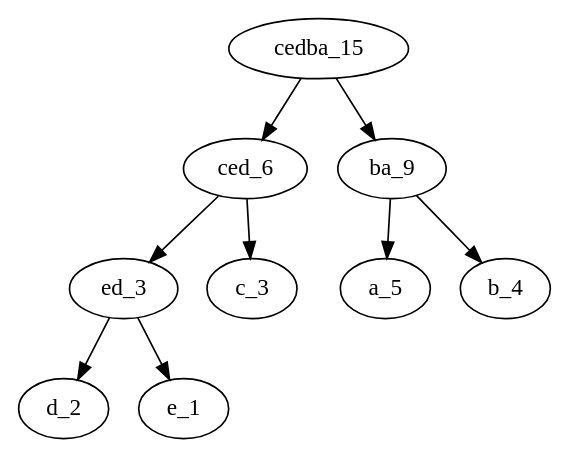
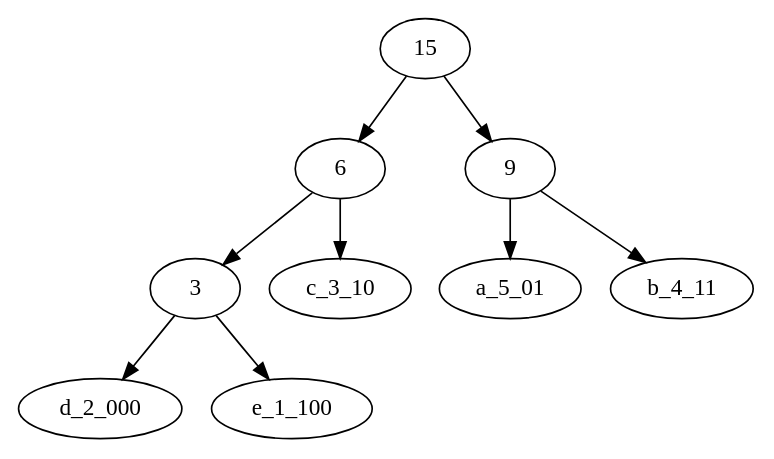
Before and after one commit to CamilaMoser/Huffman: the diagram in huffman/graph.gv, drawn with Graphviz. The commit also changed 8 other files, not shown here.

```diff
--- a/huffman/graph.gv
+++ b/huffman/graph.gv
@@ -1,10 +1,10 @@
 digraph {
-cedba_15 -> ced_6;
-ced_6 -> ed_3;
-ed_3 -> d_2;
-ed_3 -> e_1;
-ced_6 -> c_3;
-cedba_15 -> ba_9;
-ba_9 -> a_5;
-ba_9 -> b_4;
+15 -> 6;
+6 -> 3;
+3 -> d_2_000;
+3 -> e_1_100;
+6 -> c_3_10;
+15 -> 9;
+9 -> a_5_01;
+9 -> b_4_11;
 }
```
